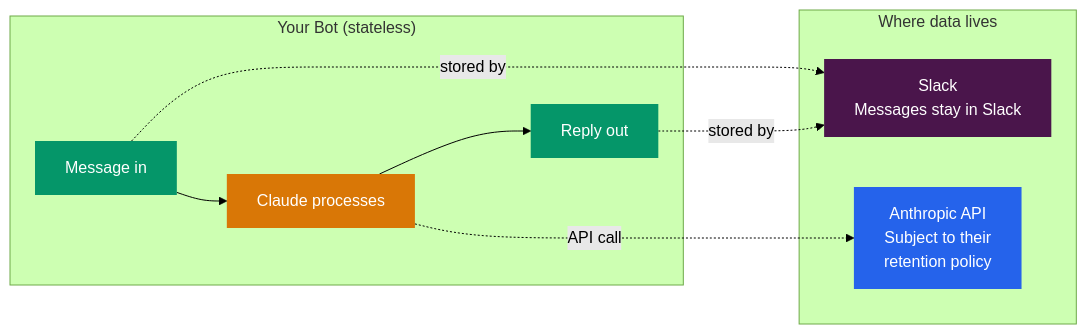
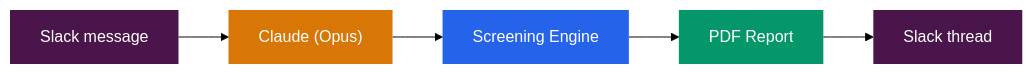
Before and after one commit to Mikeishiring/slackbot: the first of 4 diagrams in README.md, drawn with Mermaid (forest theme). The commit also changed other lines of this file, not shown here.

First line of the commit message:
docs: comprehensive README with 3-tier flowcharts and architecture

````diff
--- a/README.md
+++ b/README.md
@@ -59,21 +23,13 @@
 ```mermaid
 graph LR
-    subgraph "Your Bot (stateless)"
-        A["Message in"] --> B["Claude processes"] --> C["Reply out"]
-    end
+    A["Slack message"] --> B["Claude (Opus)"]
+    B --> C["Screening Engine"]
+    C --> D["PDF Report"]
+    D --> E["Slack thread"]
 
-    subgraph "Where data lives"
-        D["Slack<br/>Messages stay in Slack"]
-        E["Anthropic API<br/>Subject to their<br/>retention policy"]
-    end
-
-    B -.->|"API call"| E
-    A -.->|"stored by"| D
-    C -.->|"stored by"| D
-
-    style A fill:#059669,color:#fff,stroke:none
+    style A fill:#4A154B,color:#fff,stroke:none
     style B fill:#D97706,color:#fff,stroke:none
-    style C fill:#059669,color:#fff,stroke:none
-    style D fill:#4A154B,color:#fff,stroke:none
-    style E fill:#2563EB,color:#fff,stroke:none
+    style C fill:#2563EB,color:#fff,stroke:none
+    style D fill:#059669,color:#fff,stroke:none
+    style E fill:#4A154B,color:#fff,stroke:none
 ```
````
